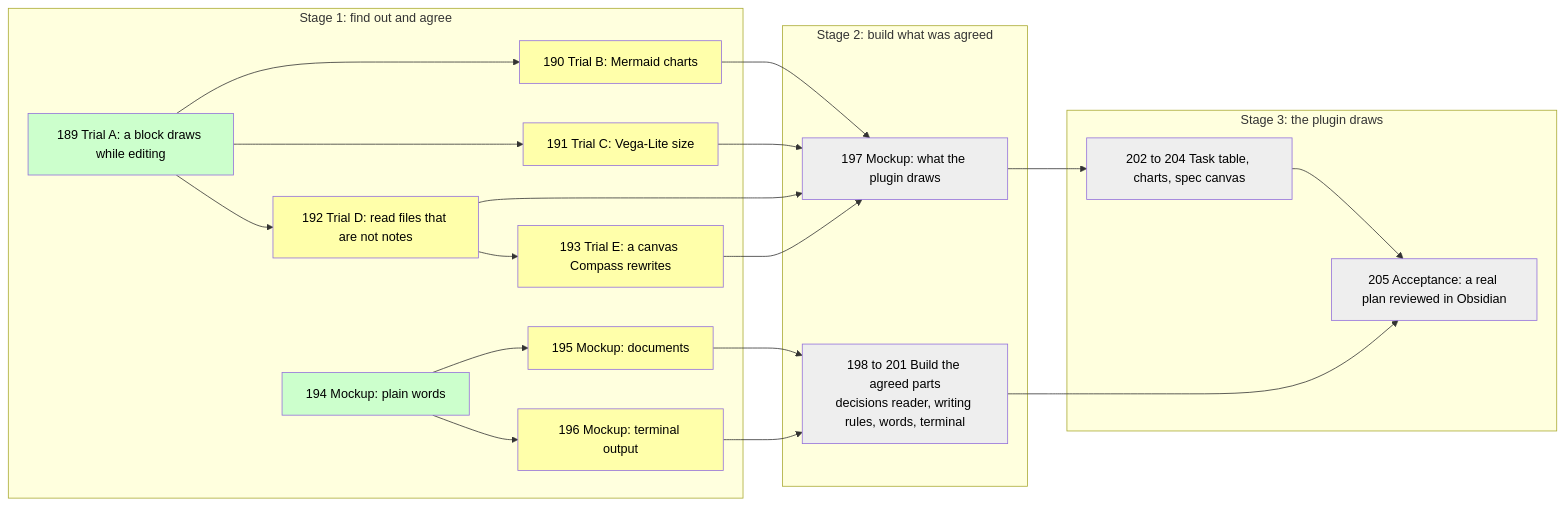
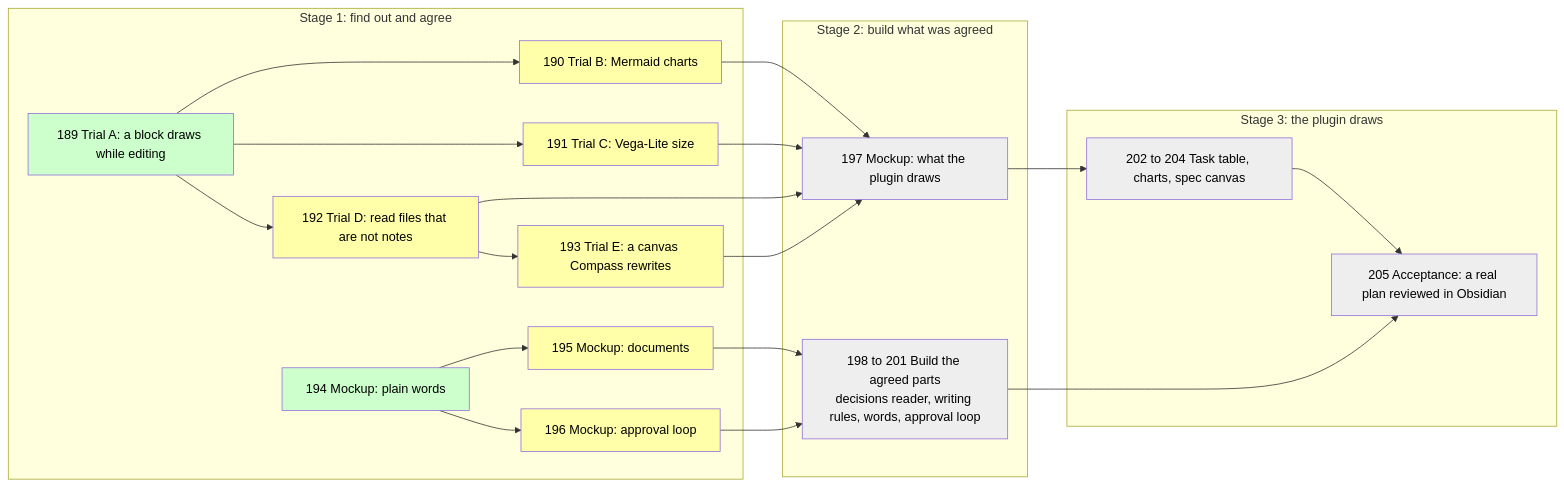
One commit to hodor/claude-compass changed the second of 4 diagrams in .compass/research/human-surface/RESEARCH-visual-documents-mockup.md. Above: the diagram before and after it, drawn with Mermaid. The commit also changed other lines of this file and 3 other files, not shown here.

First line of the commit message:
Approval loop runs in the markdown editor by default; the terminal is the fallback

````diff
--- a/.compass/research/human-surface/RESEARCH-visual-documents-mockup.md
+++ b/.compass/research/human-surface/RESEARCH-visual-documents-mockup.md
@@ -68,34 +68,34 @@
 ```mermaid
 flowchart LR
   subgraph S1["Stage 1: find out and agree"]
     T189["189 Trial A: a block draws while editing"]:::done
     T190["190 Trial B: Mermaid charts"]:::open
     T191["191 Trial C: Vega-Lite size"]:::open
     T192["192 Trial D: read files that are not notes"]:::open
     T193["193 Trial E: a canvas Compass rewrites"]:::open
     T194["194 Mockup: plain words"]:::done
     T195["195 Mockup: documents"]:::open
-    T196["196 Mockup: terminal output"]:::open
+    T196["196 Mockup: approval loop"]:::open
   end
   subgraph S2["Stage 2: build what was agreed"]
     T197["197 Mockup: what the plugin draws"]:::later
-    B["198 to 201 Build the agreed parts<br/>decisions reader, writing rules, words, terminal"]:::later
+    B["198 to 201 Build the agreed parts<br/>decisions reader, writing rules, words, approval loop"]:::later
   end
   subgraph S3["Stage 3: the plugin draws"]
     V["202 to 204 Task table, charts, spec canvas"]:::later
     A["205 Acceptance: a real plan reviewed in Obsidian"]:::later
   end
   T189 --> T190
   T189 --> T191
   T189 --> T192
   T192 --> T193
   T194 --> T195
   T194 --> T196
   T190 & T191 & T192 & T193 --> T197
   T195 & T196 --> B
   T197 --> V
   V & B --> A
   classDef done fill:#cfc,color:#000
   classDef open fill:#ffa,color:#000
   classDef later fill:#eee,color:#000
 ```
````
